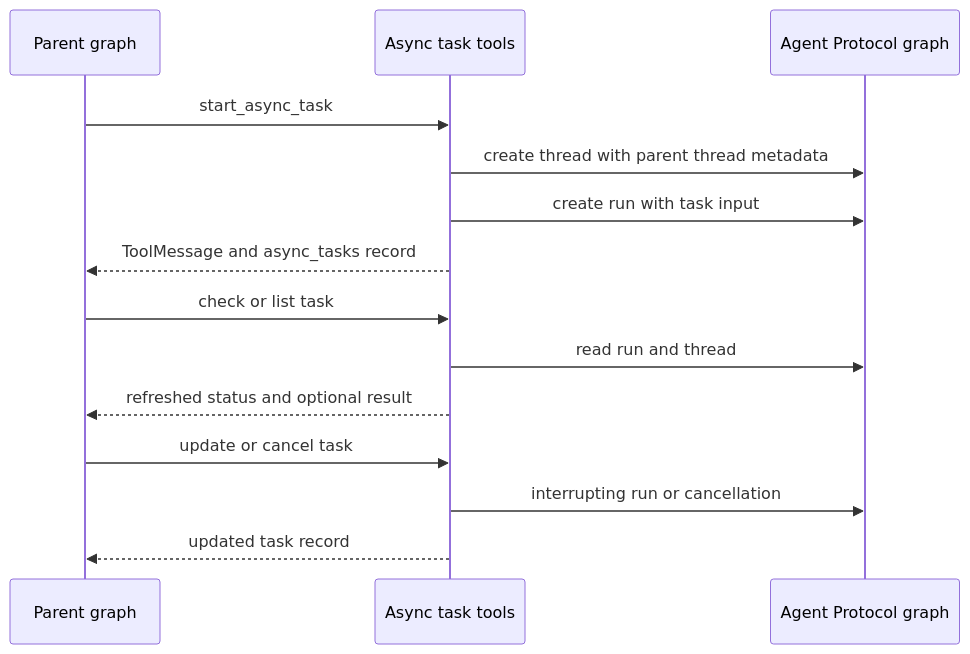
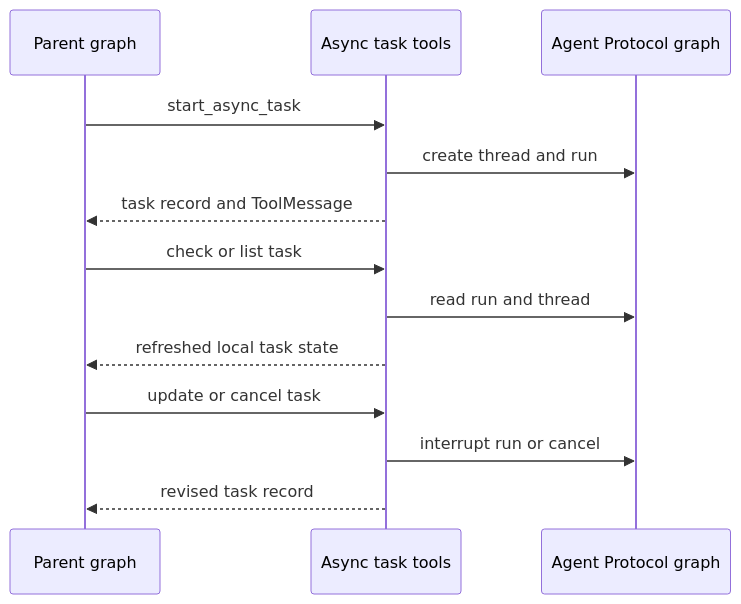
The second of 2 diagrams in openwiki/architecture/sdk-construction-execution.md (langchain-ai/deepagents), drawn with Mermaid before and after one commit. The commit also changed other lines of this file and 47 other files, not shown here.

````diff
--- a/openwiki/architecture/sdk-construction-execution.md
+++ b/openwiki/architecture/sdk-construction-execution.md
@@ -103,16 +96,15 @@
 ```mermaid
 sequenceDiagram
     participant Parent as Parent graph
-    participant AsyncTools as Async task tools
+    participant Tools as Async task tools
     participant Remote as Agent Protocol graph
-    Parent->>AsyncTools: start_async_task
-    AsyncTools->>Remote: create thread with parent thread metadata
-    AsyncTools->>Remote: create run with task input
-    AsyncTools-->>Parent: ToolMessage and async_tasks record
-    Parent->>AsyncTools: check or list task
-    AsyncTools->>Remote: read run and thread
-    AsyncTools-->>Parent: refreshed status and optional result
-    Parent->>AsyncTools: update or cancel task
-    AsyncTools->>Remote: interrupting run or cancellation
-    AsyncTools-->>Parent: updated task record
+    Parent->>Tools: start_async_task
+    Tools->>Remote: create thread and run
+    Tools-->>Parent: task record and ToolMessage
+    Parent->>Tools: check or list task
+    Tools->>Remote: read run and thread
+    Tools-->>Parent: refreshed local task state
+    Parent->>Tools: update or cancel task
+    Tools->>Remote: interrupt run or cancel
+    Tools-->>Parent: revised task record
 ```
````
